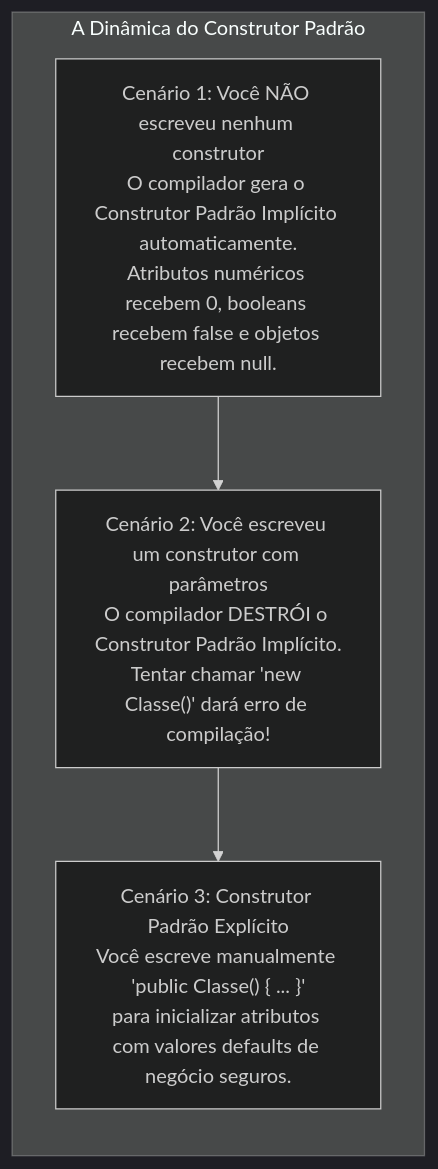
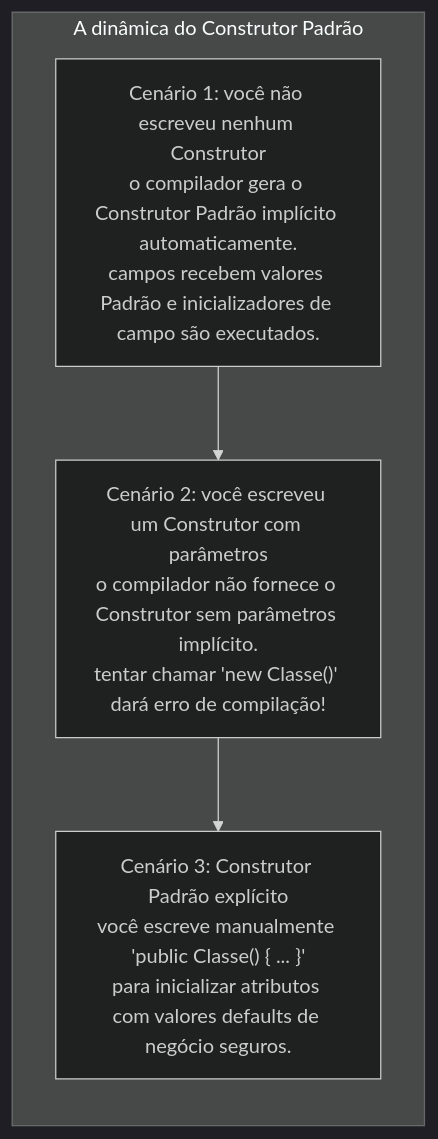
Before and after one commit to leorruas/puc: the fourth of 8 diagrams in 01. Programacao Modular/08. Construtores (inicialização, sobrecarga e garantia de invariantes).md, drawn with Mermaid (dark theme). The commit also changed other lines of this file and 10 other files, not shown here.

````diff
--- a/01. Programacao Modular/08. Construtores (inicialização, sobrecarga e garantia de invariantes).md
+++ b/01. Programacao Modular/08. Construtores (inicialização, sobrecarga e garantia de invariantes).md
@@ -181,12 +126,12 @@
 ```mermaid
 flowchart TD
-    subgraph DefaultComp ["A Dinâmica do Construtor Padrão"]
+    subgraph DefaultComp ["A dinâmica do Construtor Padrão"]
         direction TB
-        CenarioA["Cenário 1: Você NÃO escreveu nenhum construtor<br>O compilador gera o Construtor Padrão Implícito automaticamente.<br>Atributos numéricos recebem 0, booleans recebem false e objetos recebem null."]
-        CenarioB["Cenário 2: Você escreveu um construtor com parâmetros<br>O compilador DESTRÓI o Construtor Padrão Implícito.<br>Tentar chamar 'new Classe()' dará erro de compilação!"]
-        CenarioC["Cenário 3: Construtor Padrão Explícito<br>Você escreve manualmente 'public Classe() { ... }'<br>para inicializar atributos com valores defaults de negócio seguros."]
+        CenarioA["Cenário 1: você não escreveu nenhum Construtor<br>o compilador gera o Construtor Padrão implícito automaticamente.<br>campos recebem valores Padrão e inicializadores de campo são executados."]
+        CenarioB["Cenário 2: você escreveu um Construtor com parâmetros<br>o compilador não fornece o Construtor sem parâmetros implícito.<br>tentar chamar 'new Classe()' dará erro de compilação!"]
+        CenarioC["Cenário 3: Construtor Padrão explícito<br>você escreve manualmente 'public Classe() { ... }'<br>para inicializar atributos com valores defaults de negócio seguros."]
 
         CenarioA --> CenarioB
         CenarioB --> CenarioC
     end
 ```
````
